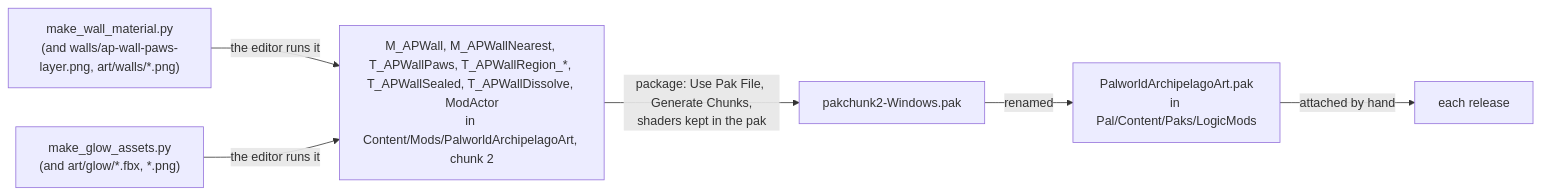
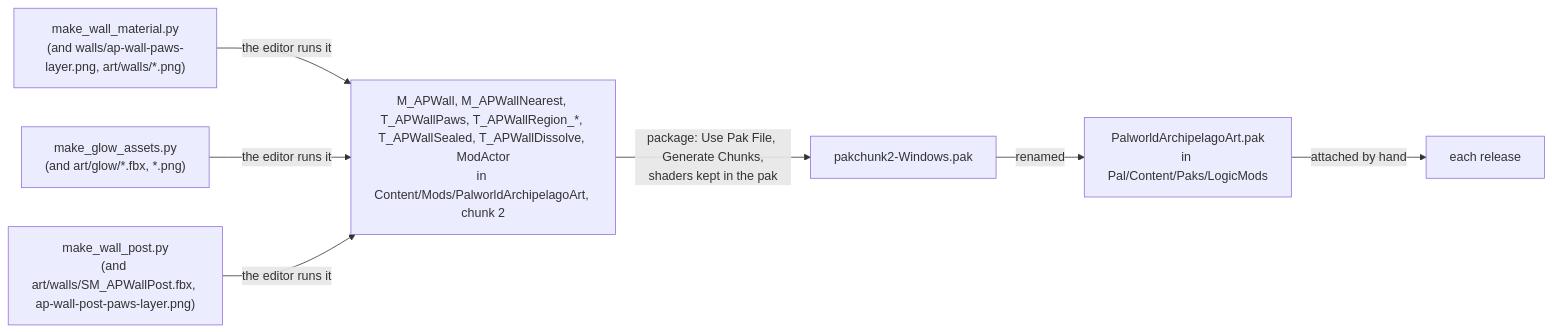
Before and after one commit to JustEyeTea/Palworld-Archipelago-Randomizer: the diagram in logicmod/README.md, drawn with Mermaid. The commit also changed other lines of this file and 21 other files, not shown here.

````diff
--- a/logicmod/README.md
+++ b/logicmod/README.md
@@ -152,8 +152,9 @@
 ```mermaid
 flowchart LR
   PY["make_wall_material.py<br/>(and walls/ap-wall-paws-layer.png, art/walls/*.png)"] -->|"the editor runs it"| AS["M_APWall, M_APWallNearest, T_APWallPaws, T_APWallRegion_*, T_APWallSealed, T_APWallDissolve, ModActor<br/>in Content/Mods/PalworldArchipelagoArt, chunk 2"]
   GY["make_glow_assets.py<br/>(and art/glow/*.fbx, *.png)"] -->|"the editor runs it"| AS
+  WP["make_wall_post.py<br/>(and art/walls/SM_APWallPost.fbx, ap-wall-post-paws-layer.png)"] -->|"the editor runs it"| AS
   AS -->|"package: Use Pak File, Generate Chunks,<br/>shaders kept in the pak"| PK["pakchunk2-Windows.pak"]
   PK -->|"renamed"| ART["PalworldArchipelagoArt.pak<br/>in Pal/Content/Paks/LogicMods"]
   ART -->|"attached by hand"| REL["each release"]
 ```
````
